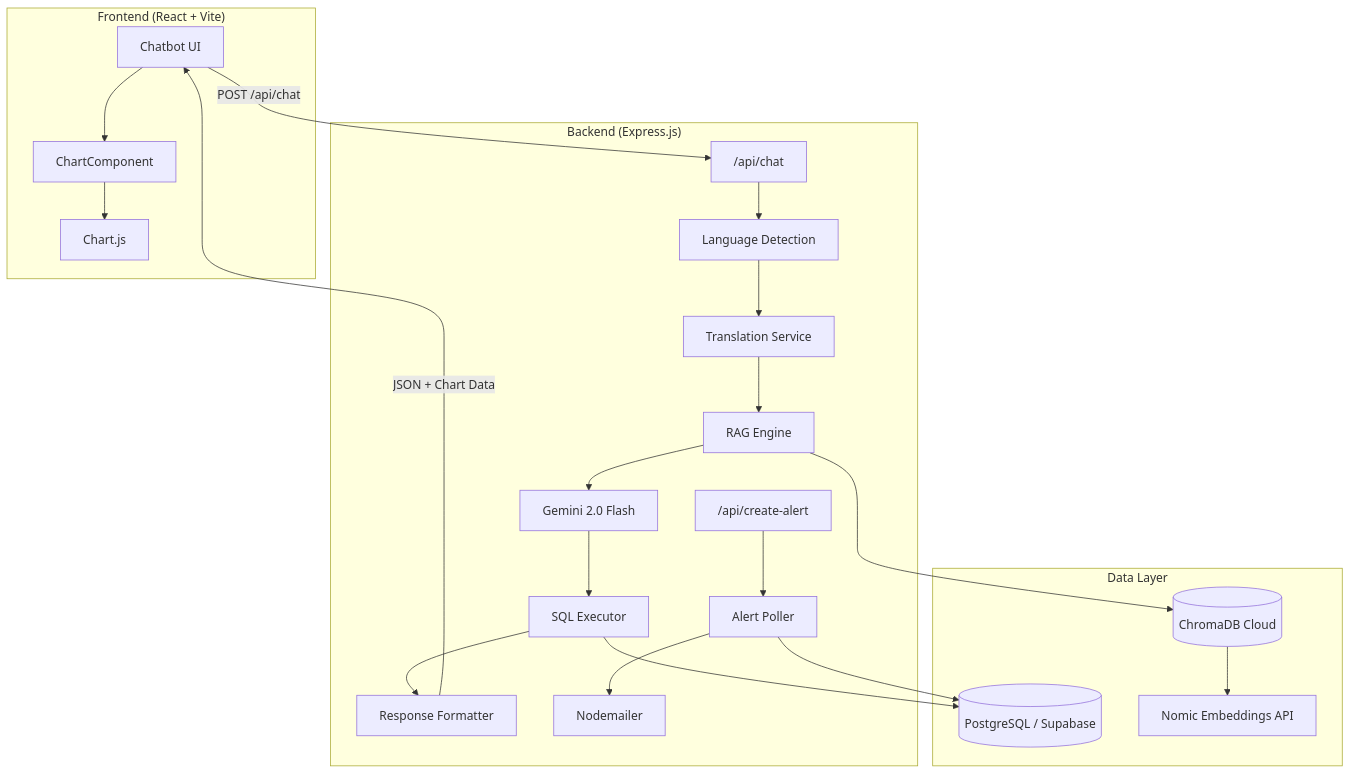
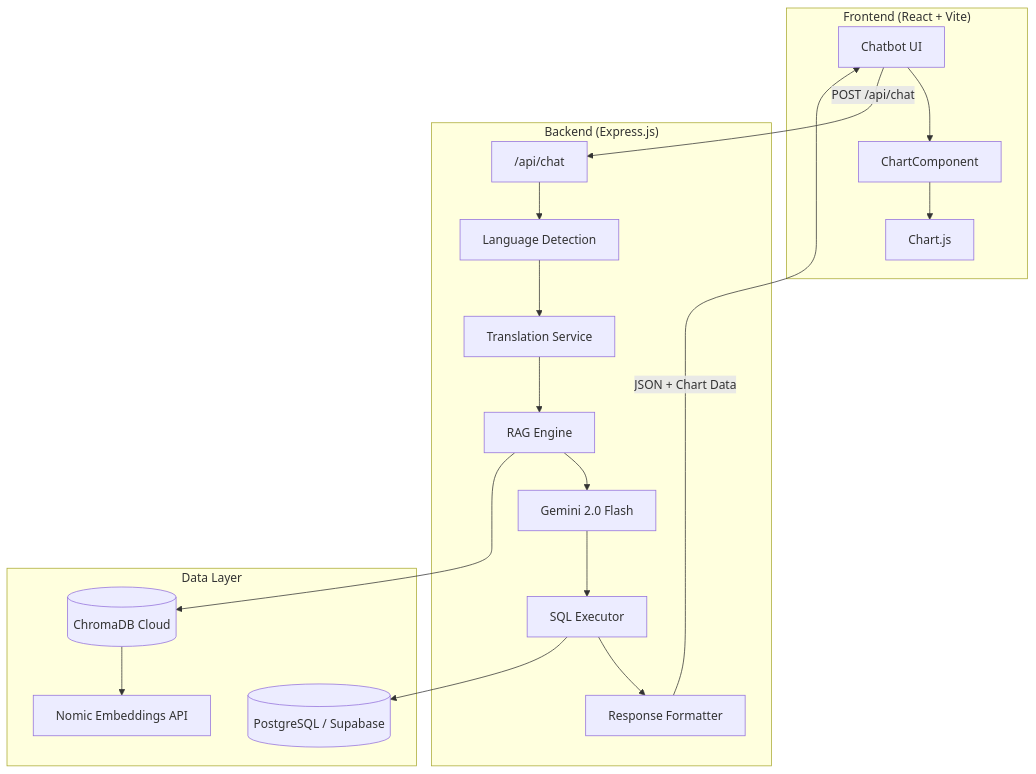
One commit to krish-745/Ingres changed the second of 2 diagrams in README.md. Above: the diagram before and after it, drawn with Mermaid. The commit also changed other lines of this file, not shown here.

````diff
--- a/README.md
+++ b/README.md
@@ -114,32 +113,28 @@
 ```mermaid
 flowchart TB
     subgraph Client ["Frontend (React + Vite)"]
         A[Chatbot UI] --> B[ChartComponent]
         B --> C[Chart.js]
     end
 
     subgraph Server ["Backend (Express.js)"]
         D["/api/chat"] --> E[Language Detection]
         E --> F[Translation Service]
         F --> G[RAG Engine]
         G --> H[Gemini 2.0 Flash]
         H --> I[SQL Executor]
         I --> J[Response Formatter]
-        
-        K["/api/create-alert"] --> L[Alert Poller]
-        L --> M[Nodemailer]
     end
 
     subgraph Data ["Data Layer"]
         N[(PostgreSQL / Supabase)]
         O[(ChromaDB Cloud)]
         P[Nomic Embeddings API]
     end
 
     A -->|POST /api/chat| D
     J -->|JSON + Chart Data| A
     I --> N
     G --> O
     O --> P
-    L --> N
 ```
````
